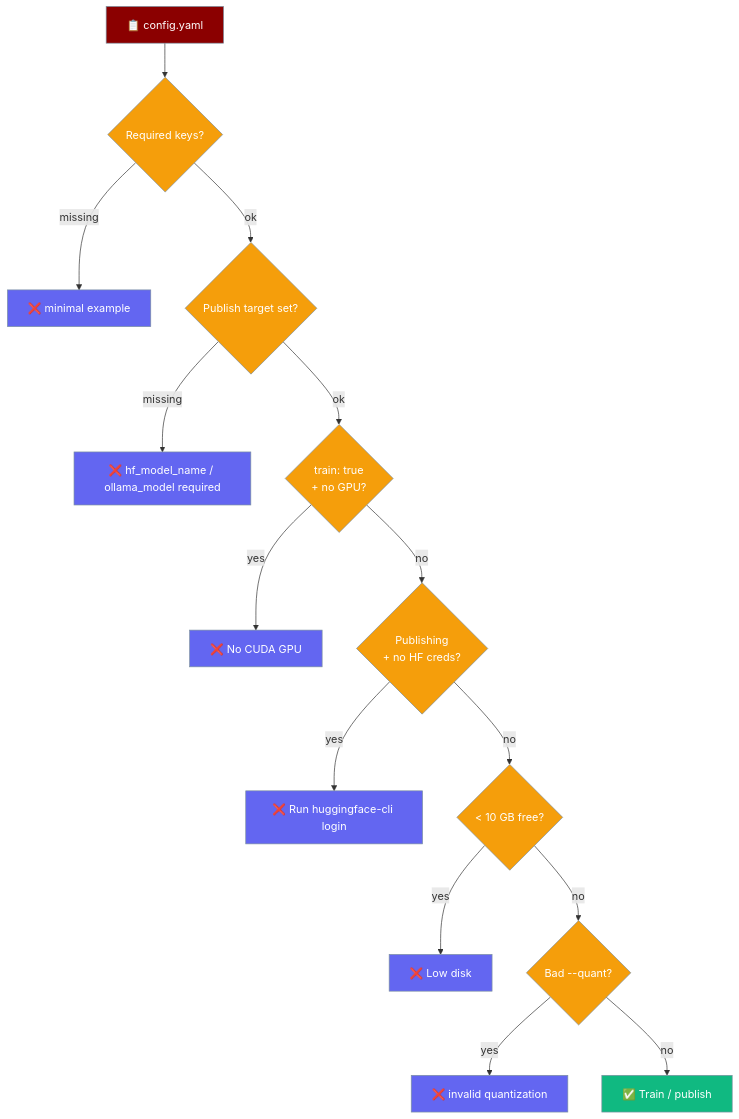
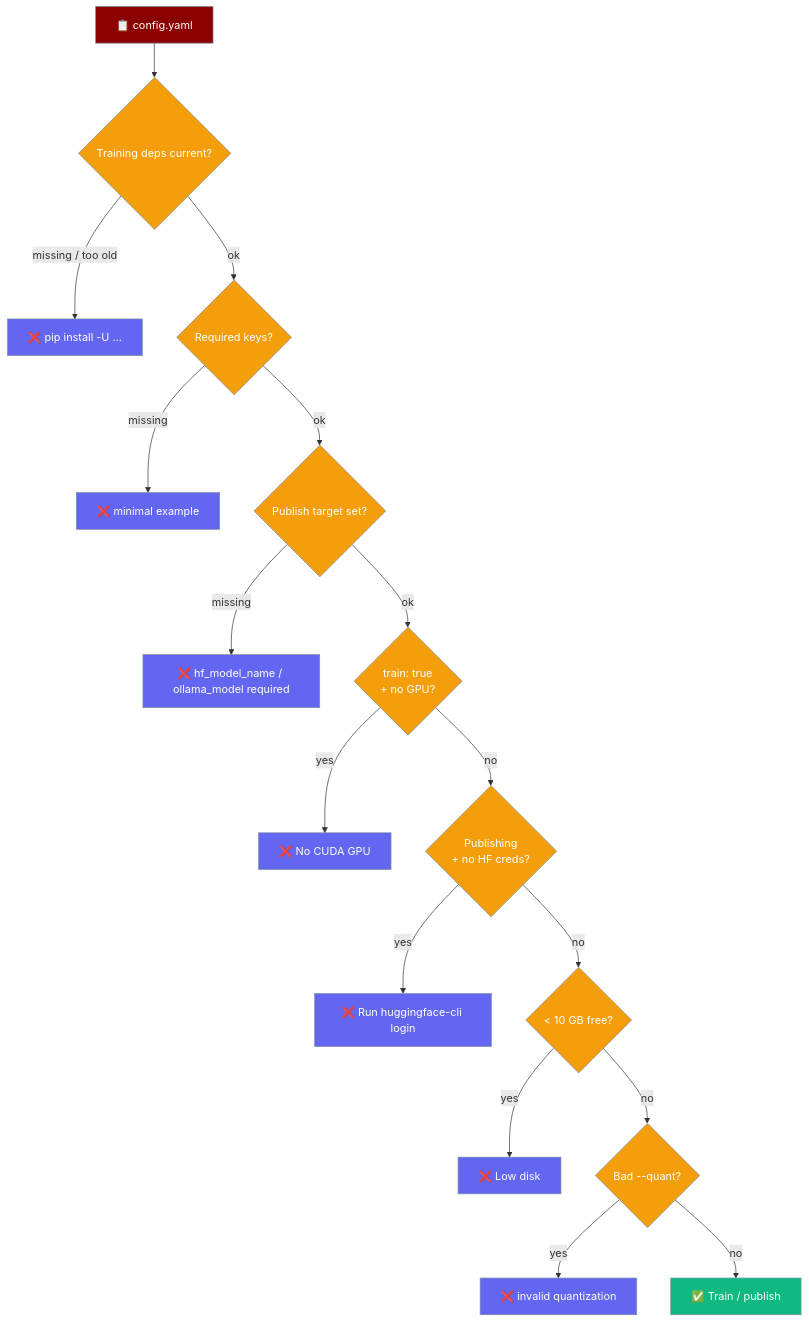
Diagram 12 of 14 in docs/train.mdx (MervinPraison/PraisonAIDocs), drawn with Mermaid before and after one commit. The commit also changed other lines of this file and 3 other files, not shown here.

````diff
--- a/docs/train.mdx
+++ b/docs/train.mdx
@@ -1056,26 +1155,28 @@
 ```mermaid
 graph TB
-    Start[📋 config.yaml] --> Req{Required keys?}
+    Start[📋 config.yaml] --> Ver{Training deps current?}
+    Ver -->|missing / too old| E0[❌ pip install -U ...]
+    Ver -->|ok| Req{Required keys?}
     Req -->|missing| E1[❌ minimal example]
     Req -->|ok| Tgt{Publish target set?}
     Tgt -->|missing| E2[❌ hf_model_name / ollama_model required]
     Tgt -->|ok| Gpu{train: true<br/>+ no GPU?}
     Gpu -->|yes| E3[❌ No CUDA GPU]
     Gpu -->|no| Cred{Publishing<br/>+ no HF creds?}
     Cred -->|yes| E4[❌ Run huggingface-cli login]
     Cred -->|no| Disk{< 10 GB free?}
     Disk -->|yes| E5[❌ Low disk]
     Disk -->|no| Quant{Bad --quant?}
     Quant -->|yes| E6[❌ invalid quantization]
     Quant -->|no| Ok[✅ Train / publish]
 
     classDef input fill:#8B0000,stroke:#7C90A0,color:#fff
     classDef decision fill:#F59E0B,stroke:#7C90A0,color:#fff
     classDef error fill:#6366F1,stroke:#7C90A0,color:#fff
     classDef success fill:#10B981,stroke:#7C90A0,color:#fff
 
     class Start input
-    class Req,Tgt,Gpu,Cred,Disk,Quant decision
-    class E1,E2,E3,E4,E5,E6 error
+    class Ver,Req,Tgt,Gpu,Cred,Disk,Quant decision
+    class E0,E1,E2,E3,E4,E5,E6 error
     class Ok success
 ```
````
